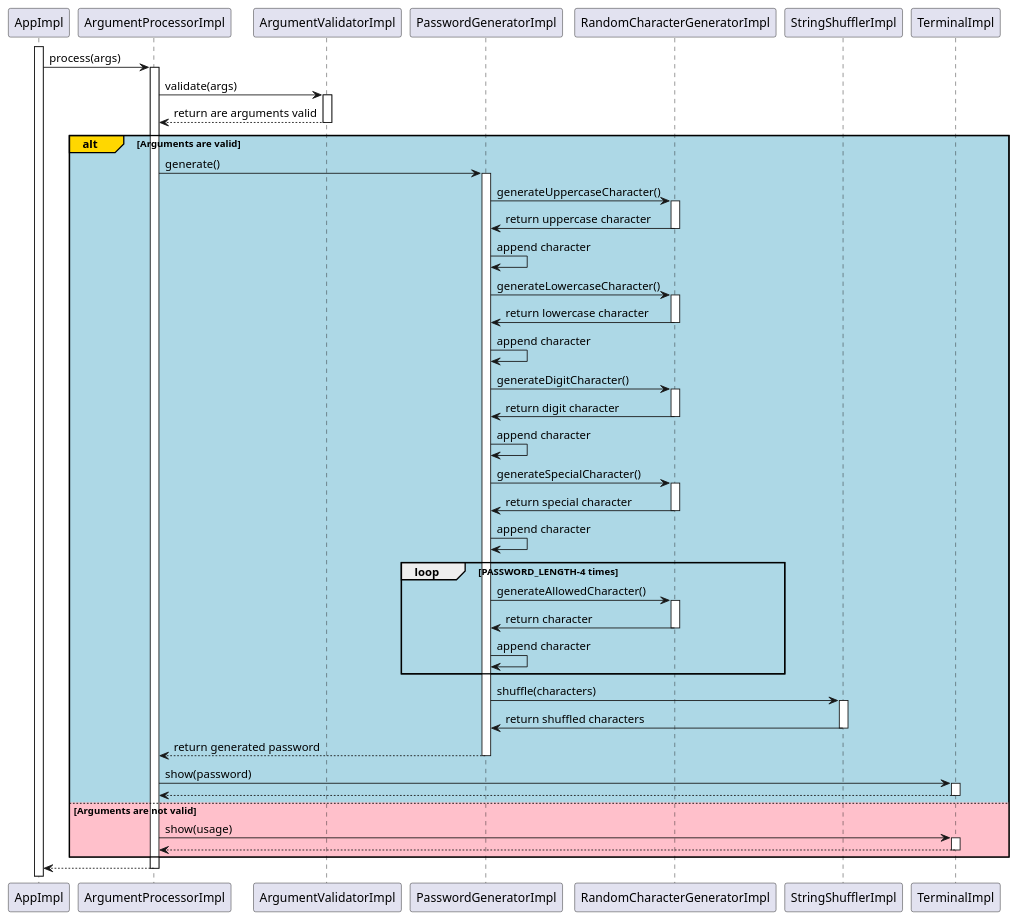
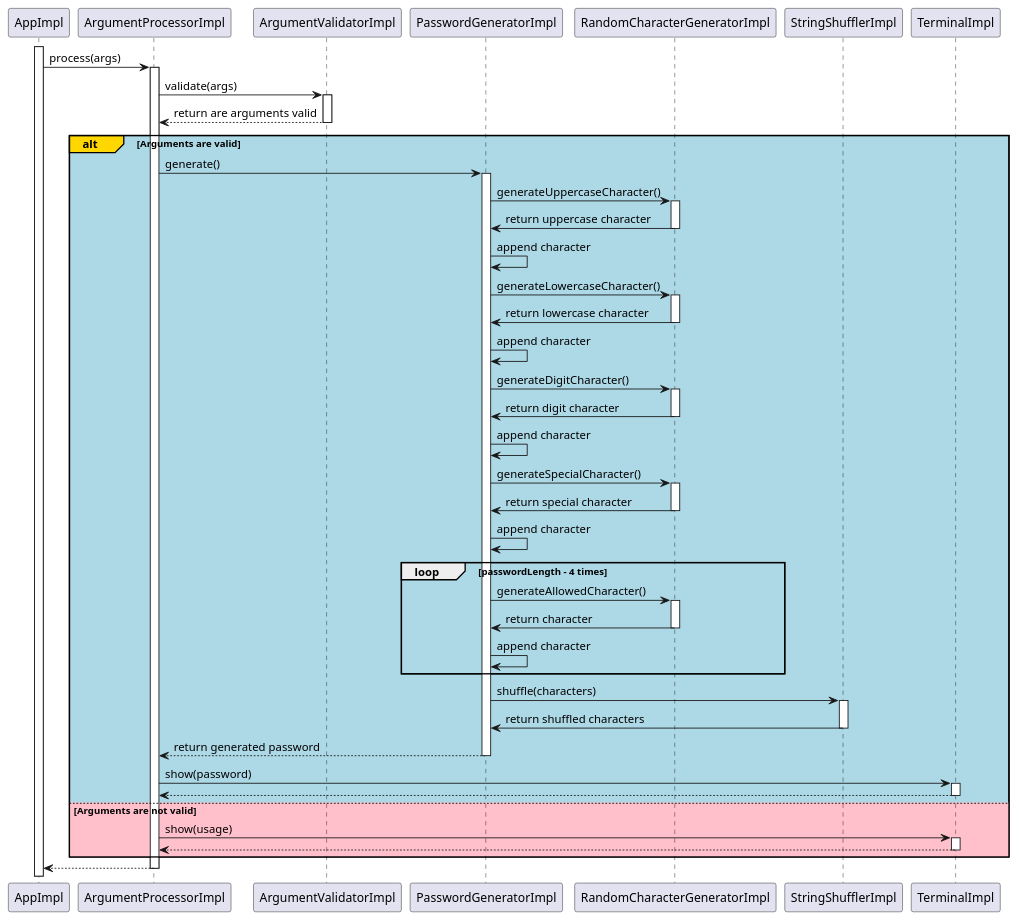
Before and after one commit to djvelimir/demo-java-cli: the diagram in diagrams/Sequence.puml, drawn with PlantUML. The commit also changed 3 other files, not shown here.

```diff
--- a/diagrams/Sequence.puml
+++ b/diagrams/Sequence.puml
@@ -1,85 +1,85 @@
 @startuml Sequence
 participant AppImpl as app
 participant ArgumentProcessorImpl as argumentProcessor
 participant ArgumentValidatorImpl as argumentValidator
 participant PasswordGeneratorImpl as passwordGenerator
 participant RandomCharacterGeneratorImpl as randomCharacterGenerator
 participant StringShufflerImpl as stringShuffler
 participant TerminalImpl as terminal
 
 activate app
 
 app -> argumentProcessor: process(args)
 activate argumentProcessor
 
 argumentProcessor -> argumentValidator: validate(args)
 activate argumentValidator
 argumentProcessor <-- argumentValidator: return are arguments valid
 deactivate argumentValidator
 
 alt#Gold #LightBlue Arguments are valid
     argumentProcessor -> passwordGenerator: generate()
     activate passwordGenerator
 
     passwordGenerator -> randomCharacterGenerator: generateUppercaseCharacter()
     activate randomCharacterGenerator
 
     randomCharacterGenerator -> passwordGenerator: return uppercase character
     deactivate randomCharacterGenerator
     passwordGenerator -> passwordGenerator: append character
 
     passwordGenerator -> randomCharacterGenerator: generateLowercaseCharacter()
     activate randomCharacterGenerator
 
     randomCharacterGenerator -> passwordGenerator: return lowercase character
     deactivate randomCharacterGenerator
     passwordGenerator -> passwordGenerator: append character
 
     passwordGenerator -> randomCharacterGenerator: generateDigitCharacter()
     activate randomCharacterGenerator
 
     randomCharacterGenerator -> passwordGenerator: return digit character
     deactivate randomCharacterGenerator
     passwordGenerator -> passwordGenerator: append character
 
     passwordGenerator -> randomCharacterGenerator: generateSpecialCharacter()
     activate randomCharacterGenerator
 
     randomCharacterGenerator -> passwordGenerator: return special character
     deactivate randomCharacterGenerator
     passwordGenerator -> passwordGenerator: append character
 
-    loop PASSWORD_LENGTH-4 times
+    loop passwordLength - 4 times
         passwordGenerator -> randomCharacterGenerator: generateAllowedCharacter()
         activate randomCharacterGenerator
 
         randomCharacterGenerator -> passwordGenerator: return character
         deactivate randomCharacterGenerator
         passwordGenerator -> passwordGenerator: append character
     end
 
     passwordGenerator -> stringShuffler: shuffle(characters)
     activate stringShuffler
 
     stringShuffler -> passwordGenerator: return shuffled characters
     deactivate stringShuffler
 
     argumentProcessor <-- passwordGenerator: return generated password
     deactivate passwordGenerator
 
     argumentProcessor -> terminal: show(password)
     activate terminal
     argumentProcessor <-- terminal
     deactivate terminal
 
 else #Pink Arguments are not valid
     argumentProcessor -> terminal: show(usage)
     activate terminal
     argumentProcessor <-- terminal
     deactivate terminal
 end
 
 app <-- argumentProcessor
 deactivate argumentProcessor
 
 @enduml
```
